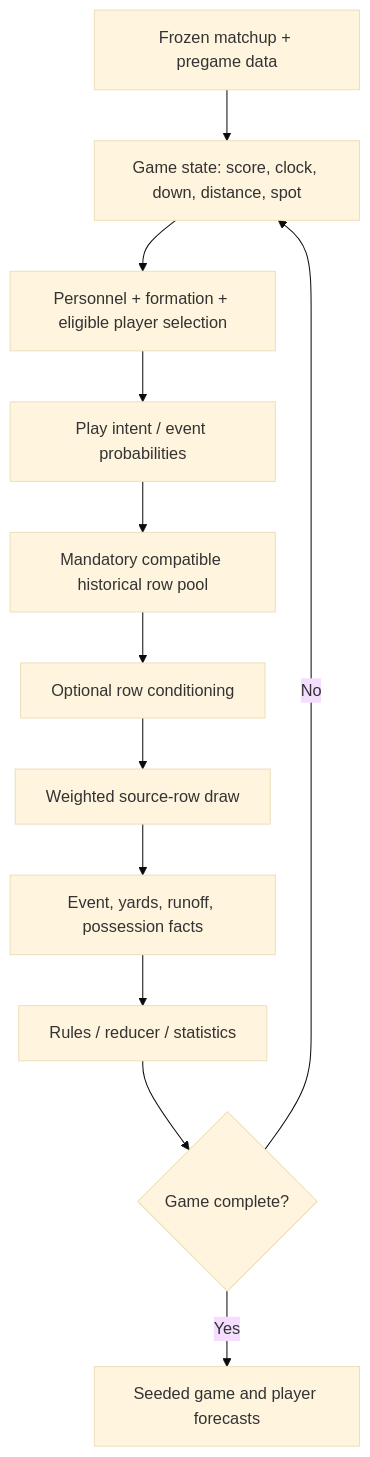
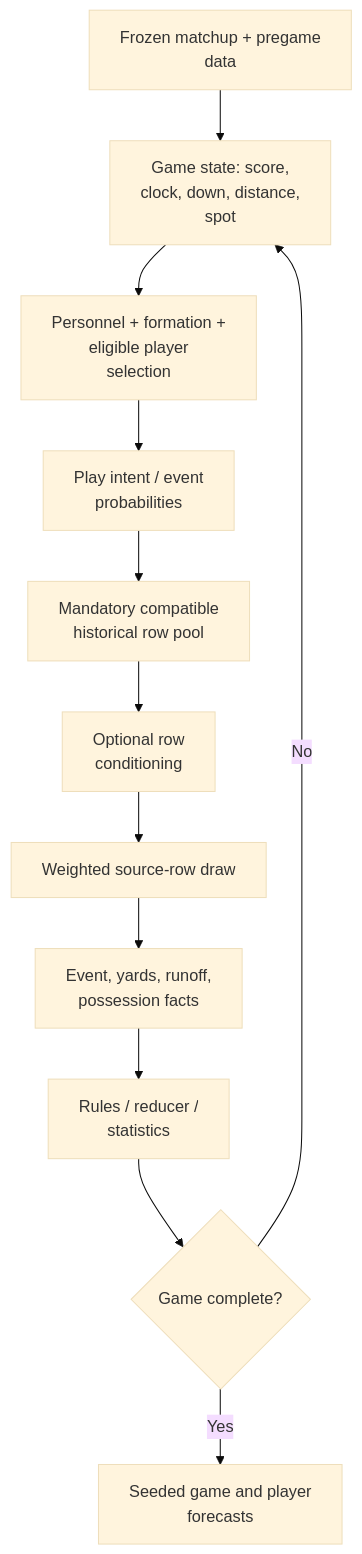
The diagram in docs/architecture/SLC.md (micahp/legendarypicks), drawn with Mermaid (base theme) before and after one commit. The commit also changed 12 other files, not shown here.

Commit message:
docs: wrap diagram labels and add editable SVG schematics

````diff
--- a/docs/architecture/SLC.md
+++ b/docs/architecture/SLC.md
@@ -27,14 +27,14 @@
 ```mermaid
 flowchart TD
-  A["Frozen matchup + pregame data"] --> B["Game state: score, clock, down, distance, spot"]
-  B --> C["Personnel + formation + eligible player selection"]
-  C --> D["Play intent / event probabilities"]
-  D --> E["Mandatory compatible historical row pool"]
-  E --> F["Optional row conditioning"]
+  A["Frozen matchup + pregame<br/>data"] --> B["Game state: score,<br/>clock, down, distance,<br/>spot"]
+  B --> C["Personnel + formation +<br/>eligible player<br/>selection"]
+  C --> D["Play intent / event<br/>probabilities"]
+  D --> E["Mandatory compatible<br/>historical row pool"]
+  E --> F["Optional row<br/>conditioning"]
   F --> G["Weighted source-row draw"]
-  G --> H["Event, yards, runoff, possession facts"]
-  H --> I["Rules / reducer / statistics"]
+  G --> H["Event, yards, runoff,<br/>possession facts"]
+  H --> I["Rules / reducer /<br/>statistics"]
   I --> J{"Game complete?"}
   J -->|No| B
-  J -->|Yes| K["Seeded game and player forecasts"]
+  J -->|Yes| K["Seeded game and player<br/>forecasts"]
 ```
````
